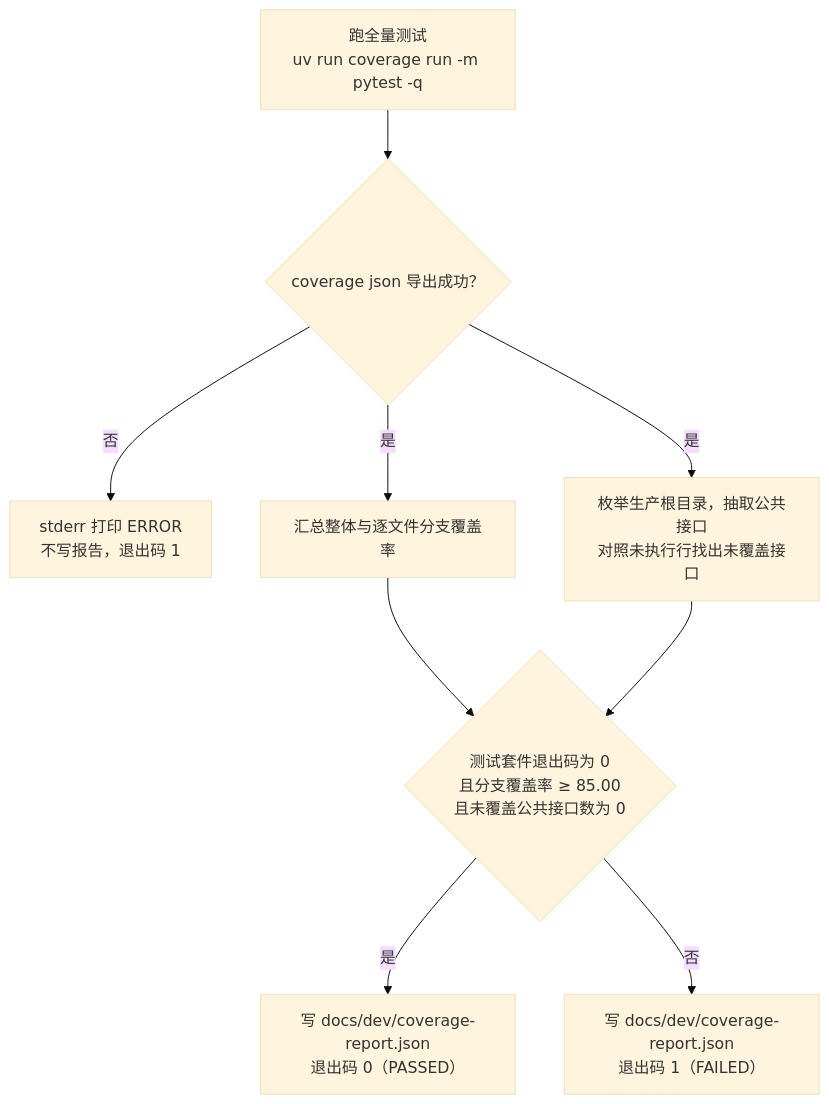
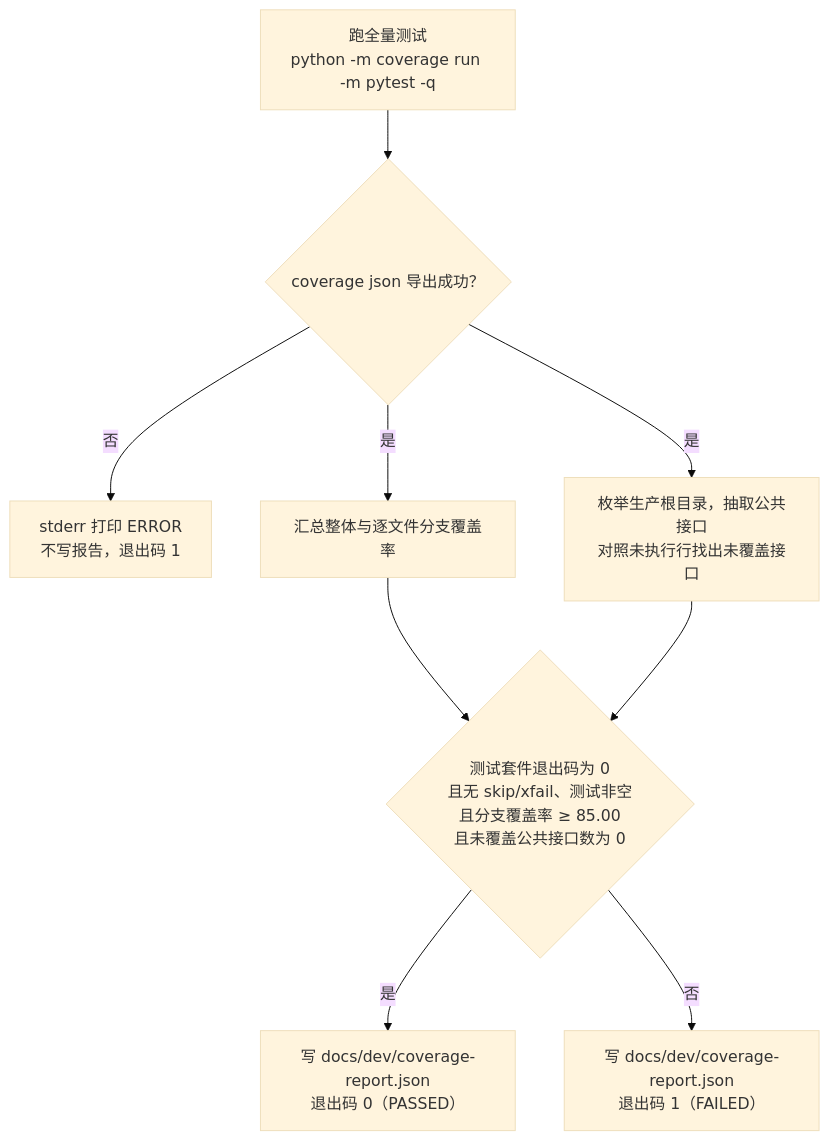
Before and after one commit to HoldThatThgt/WorldMock: the diagram in docs/dev/coverage-baseline.md, drawn with Mermaid (base theme). The commit also changed other lines of this file and 216 other files, not shown here.

````diff
--- a/docs/dev/coverage-baseline.md
+++ b/docs/dev/coverage-baseline.md
@@ -24,11 +24,11 @@
 ```mermaid
 flowchart TB
-    A["跑全量测试<br/>uv run coverage run -m pytest -q"] --> B{"coverage json 导出成功？"}
+    A["跑全量测试<br/>python -m coverage run -m pytest -q"] --> B{"coverage json 导出成功？"}
     B -- "否" --> X["stderr 打印 ERROR<br/>不写报告，退出码 1"]
     B -- "是" --> C["汇总整体与逐文件分支覆盖率"]
     B -- "是" --> D["枚举生产根目录，抽取公共接口<br/>对照未执行行找出未覆盖接口"]
-    C --> E{"测试套件退出码为 0<br/>且分支覆盖率 ≥ 85.00<br/>且未覆盖公共接口数为 0"}
+    C --> E{"测试套件退出码为 0<br/>且无 skip/xfail、测试非空<br/>且分支覆盖率 ≥ 85.00<br/>且未覆盖公共接口数为 0"}
     D --> E
     E -- "是" --> P["写 docs/dev/coverage-report.json<br/>退出码 0（PASSED）"]
     E -- "否" --> Q["写 docs/dev/coverage-report.json<br/>退出码 1（FAILED）"]
 ```
````
